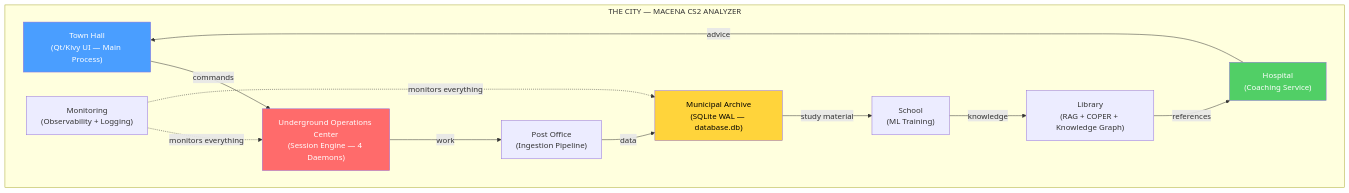
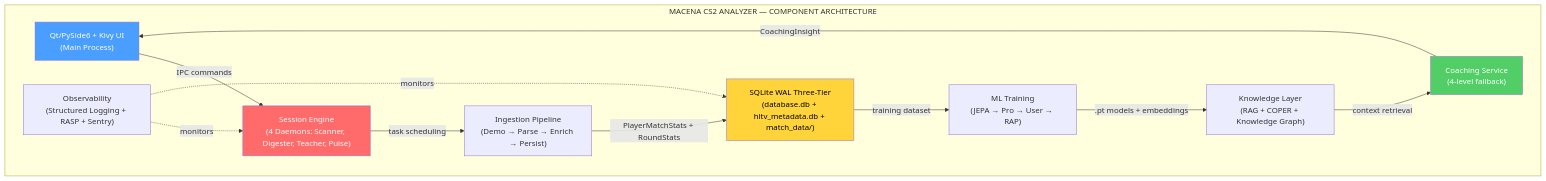
The ninth of 55 diagrams in docs/books/Book-Coach-3-en.md (renanaugustomacena-ux/Counter-Strike-coach-AI), drawn with Mermaid before and after one commit. The commit also changed other lines of this file and 29 other files, not shown here.

````diff
--- a/docs/books/Book-Coach-3-en.md
+++ b/docs/books/Book-Coach-3-en.md
@@ -596,26 +596,26 @@
 ```mermaid
 flowchart TB
-    subgraph CITY["THE CITY — MACENA CS2 ANALYZER"]
-        MUNI["Town Hall<br/>(Qt/Kivy UI — Main Process)"]
-        CENT["Underground Operations Center<br/>(Session Engine — 4 Daemons)"]
-        ARCH["Municipal Archive<br/>(SQLite WAL — database.db)"]
-        POST["Post Office<br/>(Ingestion Pipeline)"]
-        SCUOLA["School<br/>(ML Training)"]
-        BIB["Library<br/>(RAG + COPER + Knowledge Graph)"]
-        OSP["Hospital<br/>(Coaching Service)"]
-        MON["Monitoring<br/>(Observability + Logging)"]
+    subgraph SYSTEM["MACENA CS2 ANALYZER — COMPONENT ARCHITECTURE"]
+        UI["Qt/PySide6 + Kivy UI<br/>(Main Process)"]
+        SE["Session Engine<br/>(4 Daemons: Scanner, Digester, Teacher, Pulse)"]
+        DB["SQLite WAL Three-Tier<br/>(database.db + hltv_metadata.db + match_data/)"]
+        INGEST["Ingestion Pipeline<br/>(Demo → Parse → Enrich → Persist)"]
+        TRAIN["ML Training<br/>(JEPA → Pro → User → RAP)"]
+        KB["Knowledge Layer<br/>(RAG + COPER + Knowledge Graph)"]
+        COACH["Coaching Service<br/>(4-level fallback)"]
+        OBS["Observability<br/>(Structured Logging + RASP + Sentry)"]
     end
-    MUNI -->|"commands"| CENT
-    CENT -->|"work"| POST
-    POST -->|"data"| ARCH
-    ARCH -->|"study material"| SCUOLA
-    SCUOLA -->|"knowledge"| BIB
-    BIB -->|"references"| OSP
-    OSP -->|"advice"| MUNI
-    MON -.->|"monitors everything"| CENT
-    MON -.->|"monitors everything"| ARCH
-    style MUNI fill:#4a9eff,color:#fff
-    style CENT fill:#ff6b6b,color:#fff
-    style ARCH fill:#ffd43b,color:#000
-    style OSP fill:#51cf66,color:#fff
+    UI -->|"IPC commands"| SE
+    SE -->|"task scheduling"| INGEST
+    INGEST -->|"PlayerMatchStats + RoundStats"| DB
+    DB -->|"training dataset"| TRAIN
+    TRAIN -->|".pt models + embeddings"| KB
+    KB -->|"context retrieval"| COACH
+    COACH -->|"CoachingInsight"| UI
+    OBS -.->|"monitors"| SE
+    OBS -.->|"monitors"| DB
+    style UI fill:#4a9eff,color:#fff
+    style SE fill:#ff6b6b,color:#fff
+    style DB fill:#ffd43b,color:#000
+    style COACH fill:#51cf66,color:#fff
 ```
````
